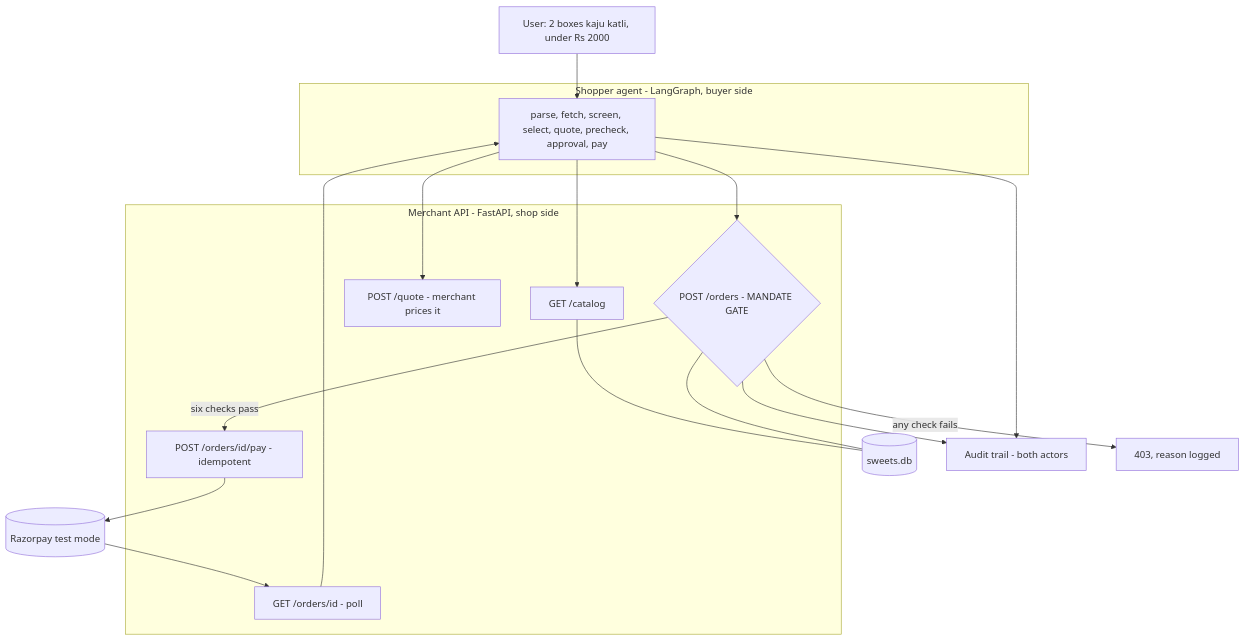
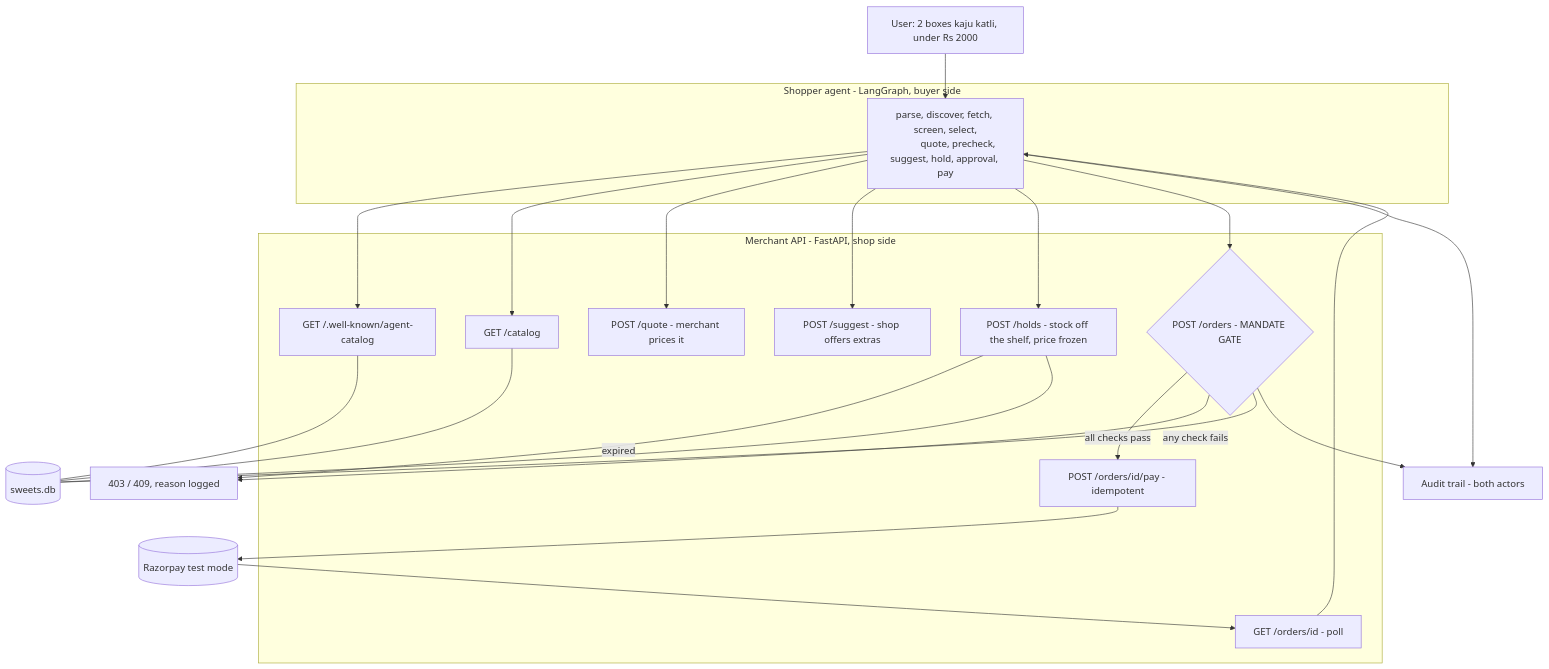
One commit to as-45/Razorpay_hackathon changed the first of 2 diagrams in ARCHITECTURE.md. Above: the diagram before and after it, drawn with Mermaid. The commit also changed other lines of this file and 11 other files, not shown here.

Commit message:
Cross-sell suggestions, selection recovery from model error, docs for holds/envelope/catalog/upsell

````diff
--- a/ARCHITECTURE.md
+++ b/ARCHITECTURE.md
@@ -12,35 +12,45 @@
 ```mermaid
 flowchart TB
     U["User: 2 boxes kaju katli, under Rs 2000"]
 
     subgraph AGENT["Shopper agent - LangGraph, buyer side"]
-        A["parse, fetch, screen, select, quote, precheck, approval, pay"]
+        A["parse, discover, fetch, screen, select,
+           quote, precheck, suggest, hold, approval, pay"]
     end
 
     subgraph MERCH["Merchant API - FastAPI, shop side"]
+        M0["GET /.well-known/agent-catalog"]
         M1["GET /catalog"]
         M2["POST /quote - merchant prices it"]
+        M6["POST /suggest - shop offers extras"]
+        M7["POST /holds - stock off the shelf, price frozen"]
         M3{"POST /orders - MANDATE GATE"}
         M4["POST /orders/id/pay - idempotent"]
         M5["GET /orders/id - poll"]
     end
 
     RZP[("Razorpay test mode")]
     DB[("sweets.db")]
     AUD["Audit trail - both actors"]
-    MX["403, reason logged"]
+    MX["403 / 409, reason logged"]
 
     U --> A
+    A --> M0
     A --> M1
     A --> M2
+    A --> M6
+    A --> M7
     A --> M3
-    M3 -->|six checks pass| M4
+    M3 -->|all checks pass| M4
     M3 -->|any check fails| MX
+    M7 -->|expired| MX
     M4 --> RZP
     RZP --> M5
     M5 --> A
+    M0 --- DB
     M1 --- DB
+    M7 --- DB
     M3 --- DB
     A --> AUD
     M3 --> AUD
 ```
````
